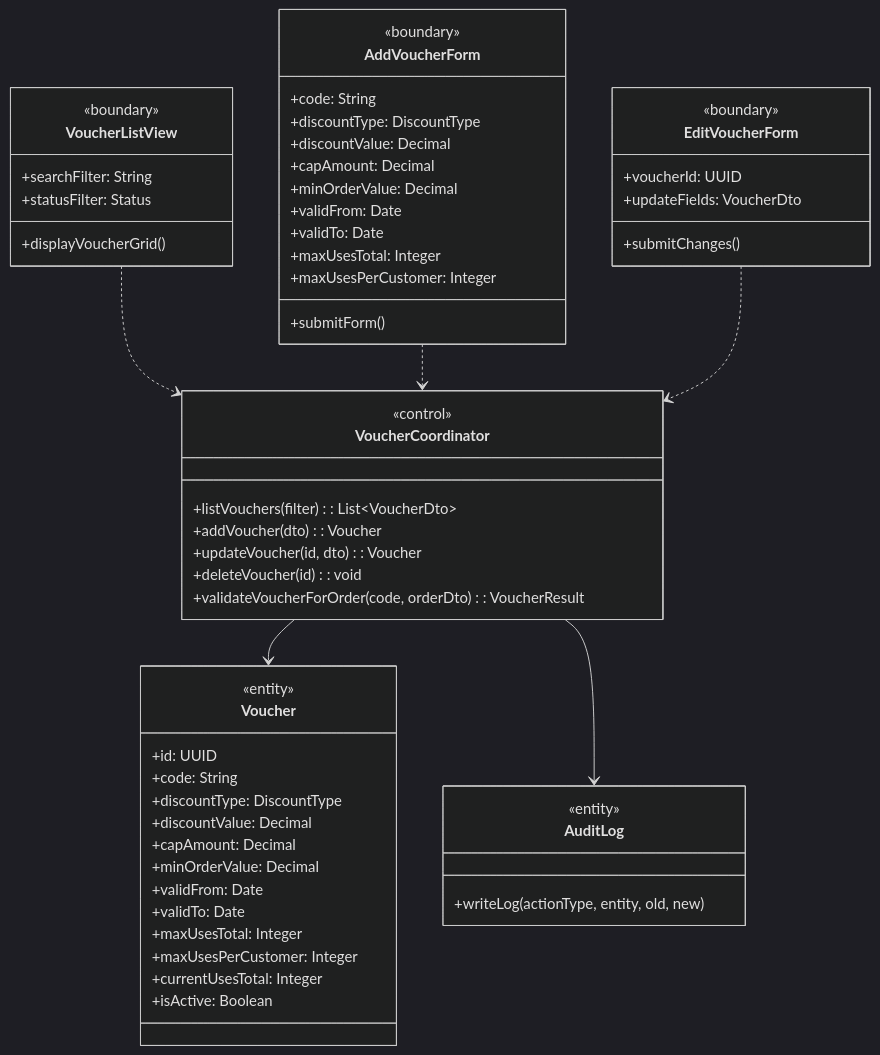
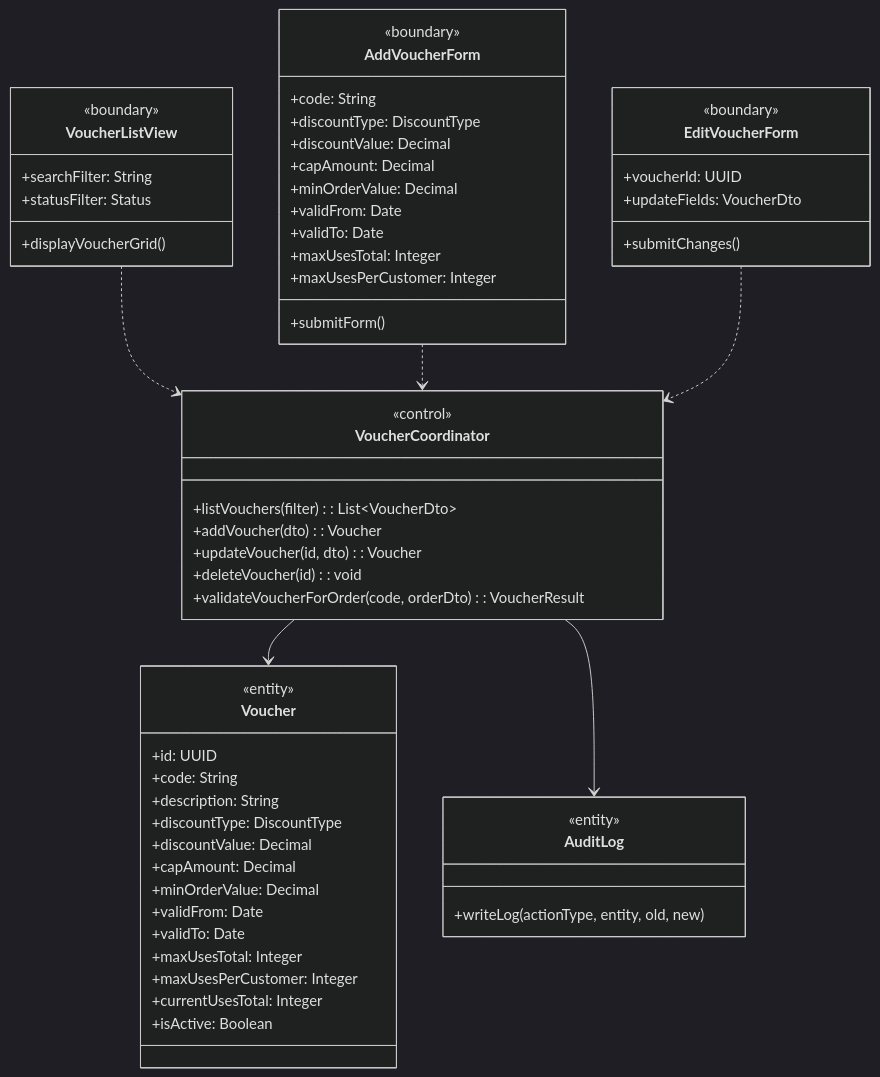
The first of 3 diagrams in docs/rds_sections/07_detailed_3_4_voucher.md (Shaichi/khoga_cafe), drawn with Mermaid (dark theme) before and after one commit. The commit also changed other lines of this file and 22 other files, not shown here.

````diff
--- a/docs/rds_sections/07_detailed_3_4_voucher.md
+++ b/docs/rds_sections/07_detailed_3_4_voucher.md
@@ -9,61 +9,62 @@
 ```mermaid
 classDiagram
     class VoucherListView {
         <<boundary>>
         +searchFilter: String
         +statusFilter: Status
         +displayVoucherGrid()
     }
     class AddVoucherForm {
         <<boundary>>
         +code: String
         +discountType: DiscountType
         +discountValue: Decimal
         +capAmount: Decimal
         +minOrderValue: Decimal
         +validFrom: Date
         +validTo: Date
         +maxUsesTotal: Integer
         +maxUsesPerCustomer: Integer
         +submitForm()
     }
     class EditVoucherForm {
         <<boundary>>
         +voucherId: UUID
         +updateFields: VoucherDto
         +submitChanges()
     }
     class VoucherCoordinator {
         <<control>>
         +listVouchers(filter): List~VoucherDto~
         +addVoucher(dto): Voucher
         +updateVoucher(id, dto): Voucher
         +deleteVoucher(id): void
         +validateVoucherForOrder(code, orderDto): VoucherResult
     }
     class Voucher {
         <<entity>>
         +id: UUID
         +code: String
+        +description: String
         +discountType: DiscountType
         +discountValue: Decimal
         +capAmount: Decimal
         +minOrderValue: Decimal
         +validFrom: Date
         +validTo: Date
         +maxUsesTotal: Integer
         +maxUsesPerCustomer: Integer
         +currentUsesTotal: Integer
         +isActive: Boolean
     }
     class AuditLog {
         <<entity>>
         +writeLog(actionType, entity, old, new)
     }
 
     VoucherListView ..> VoucherCoordinator
     AddVoucherForm ..> VoucherCoordinator
     EditVoucherForm ..> VoucherCoordinator
     VoucherCoordinator --> Voucher
     VoucherCoordinator --> AuditLog
 ```
````
